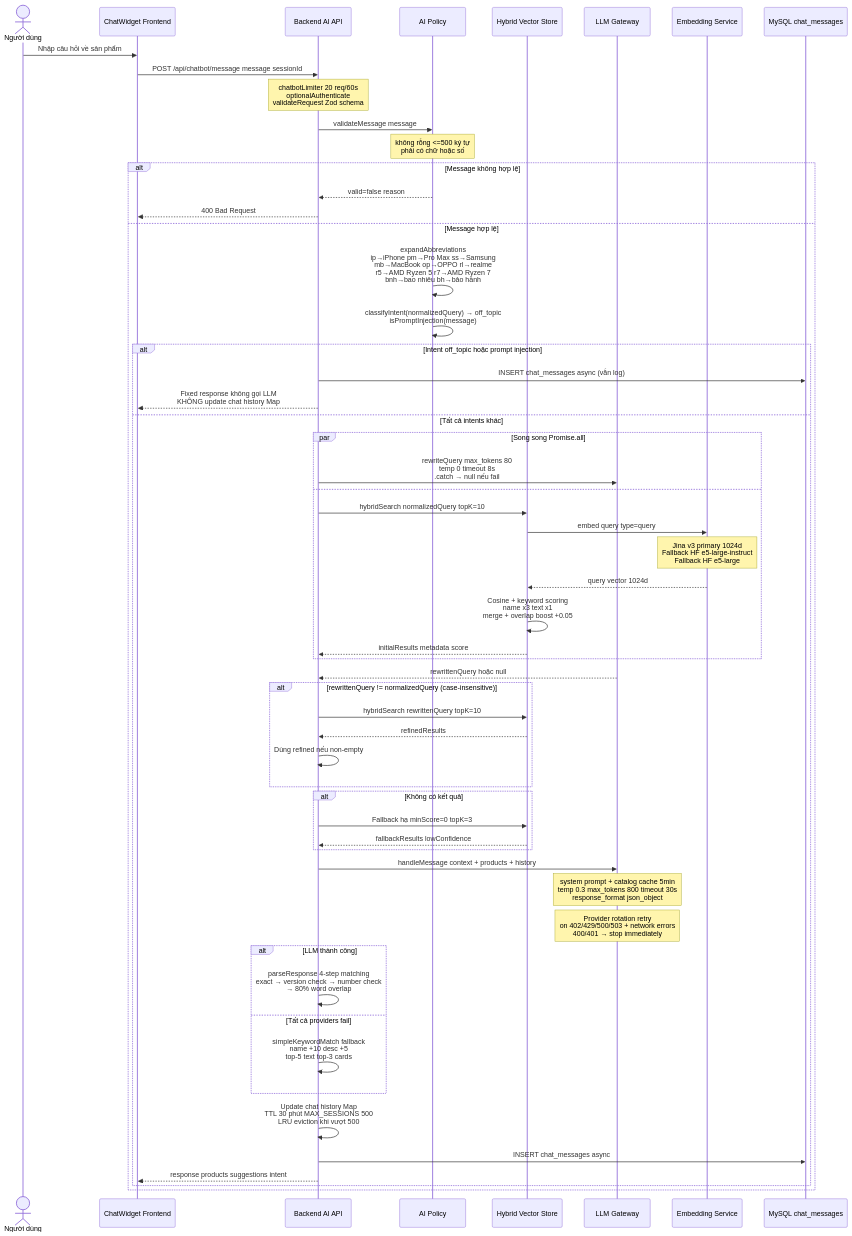
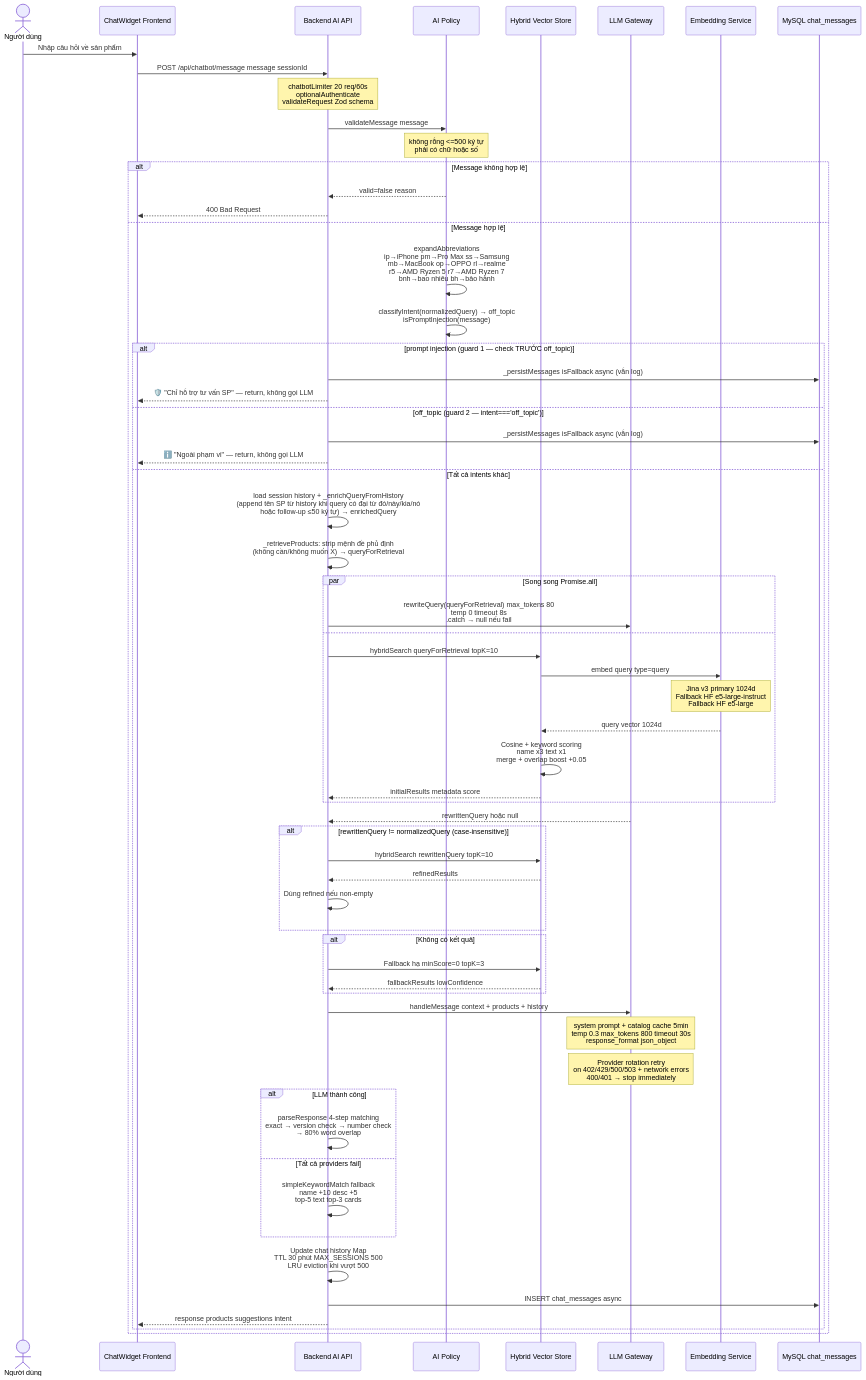
One commit to MinhThang1009/E-commerce-website changed diagram 26 of 47 in DIAGRAMS.md. Above: the diagram before and after it, drawn with Mermaid. The commit also changed other lines of this file, not shown here.

First line of the commit message:
docs(diagrams): sửa flow RAG + 7 lỗi nhỏ §1/§3 sau verify per-element

````diff
--- a/DIAGRAMS.md
+++ b/DIAGRAMS.md
@@ -865,69 +866,74 @@
 ```mermaid
 sequenceDiagram
     actor User as Người dùng
     participant CW as ChatWidget Frontend
     participant API as Backend AI API
     participant Policy as AI Policy
     participant VS as Hybrid Vector Store
     participant LLM as LLM Gateway
     participant Embed as Embedding Service
     participant DB as MySQL chat_messages
 
     User->>CW: Nhập câu hỏi về sản phẩm
     CW->>API: POST /api/chatbot/message message sessionId
     Note over API: chatbotLimiter 20 req/60s<br/>optionalAuthenticate<br/>validateRequest Zod schema
 
     API->>Policy: validateMessage message
     Note over Policy: không rỗng <=500 ký tự<br/>phải có chữ hoặc số
 
     alt Message không hợp lệ
         Policy-->>API: valid=false reason
         API-->>CW: 400 Bad Request
     else Message hợp lệ
         Policy->>Policy: expandAbbreviations<br/>ip→iPhone pm→Pro Max ss→Samsung<br/>mb→MacBook op→OPPO rl→realme<br/>r5→AMD Ryzen 5 r7→AMD Ryzen 7<br/>bnh→bao nhiêu bh→bảo hành
         Policy->>Policy: classifyIntent(normalizedQuery) → off_topic<br/>isPromptInjection(message)
 
-        alt Intent off_topic hoặc prompt injection
-            API->>DB: INSERT chat_messages async (vẫn log)
-            API-->>CW: Fixed response không gọi LLM<br/>KHÔNG update chat history Map
+        alt prompt injection (guard 1 — check TRƯỚC off_topic)
+            API->>DB: _persistMessages isFallback async (vẫn log)
+            API-->>CW: 🛡️ "Chỉ hỗ trợ tư vấn SP" — return, không gọi LLM
+        else off_topic (guard 2 — intent==='off_topic')
+            API->>DB: _persistMessages isFallback async (vẫn log)
+            API-->>CW: ℹ️ "Ngoài phạm vi" — return, không gọi LLM
         else Tất cả intents khác
+            API->>API: load session history + _enrichQueryFromHistory<br/>(append tên SP từ history khi query có đại từ đó/này/kia/nó<br/>hoặc follow-up ≤50 ký tự) → enrichedQuery
+            API->>API: _retrieveProducts: strip mệnh đề phủ định<br/>(không cần/không muốn X) → queryForRetrieval
             par Song song Promise.all
-                API->>LLM: rewriteQuery max_tokens 80<br/>temp 0 timeout 8s<br/>.catch → null nếu fail
+                API->>LLM: rewriteQuery(queryForRetrieval) max_tokens 80<br/>temp 0 timeout 8s<br/>.catch → null nếu fail
             and
-                API->>VS: hybridSearch normalizedQuery topK=10
+                API->>VS: hybridSearch queryForRetrieval topK=10
                 VS->>Embed: embed query type=query
                 Note over Embed: Jina v3 primary 1024d<br/>Fallback HF e5-large-instruct<br/>Fallback HF e5-large
                 Embed-->>VS: query vector 1024d
                 VS->>VS: Cosine + keyword scoring<br/>name x3 text x1<br/>merge + overlap boost +0.05
                 VS-->>API: initialResults metadata score
             end
 
             LLM-->>API: rewrittenQuery hoặc null
 
             alt rewrittenQuery != normalizedQuery (case-insensitive)
                 API->>VS: hybridSearch rewrittenQuery topK=10
                 VS-->>API: refinedResults
                 API->>API: Dùng refined nếu non-empty
             end
 
             alt Không có kết quả
                 API->>VS: Fallback hạ minScore=0 topK=3
                 VS-->>API: fallbackResults lowConfidence
             end
 
             API->>LLM: handleMessage context + products + history
             Note over LLM: system prompt + catalog cache 5min<br/>temp 0.3 max_tokens 800 timeout 30s<br/>response_format json_object
             Note over LLM: Provider rotation retry<br/>on 402/429/500/503 + network errors<br/>400/401 → stop immediately
 
             alt LLM thành công
                 API->>API: parseResponse 4-step matching<br/>exact → version check → number check<br/>→ 80% word overlap
             else Tất cả providers fail
                 API->>API: simpleKeywordMatch fallback<br/>name +10 desc +5<br/>top-5 text top-3 cards
             end
 
             API->>API: Update chat history Map<br/>TTL 30 phút MAX_SESSIONS 500<br/>LRU eviction khi vượt 500
             API->>DB: INSERT chat_messages async
             API-->>CW: response products suggestions intent
         end
     end
 ```
````
